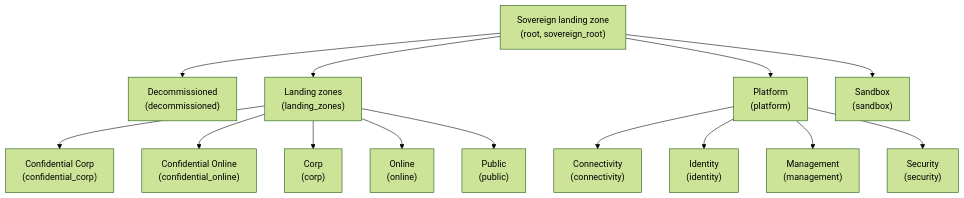
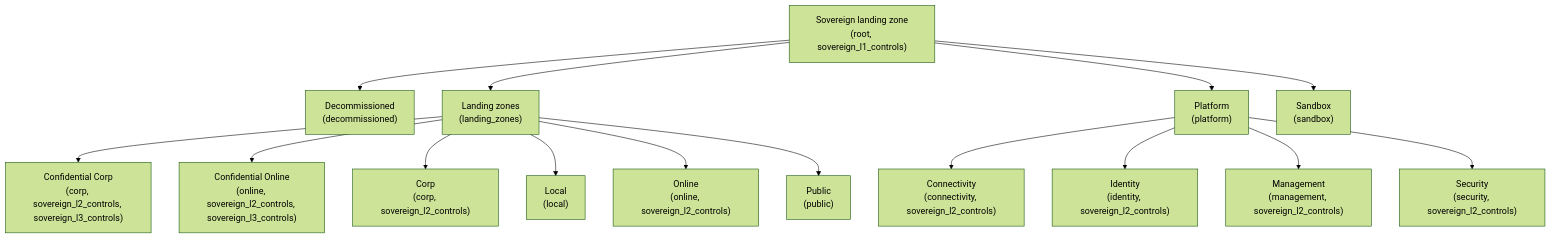
One commit to azurecitadel/azurecitadel changed the diagram in content/slz/examples/core_slz.md. Above: the diagram before and after it, drawn with Mermaid (forest theme). The commit also changed other lines of this file and 10 other files, not shown here.

```diff
--- a/content/slz/examples/core_slz.md
+++ b/content/slz/examples/core_slz.md
@@ -25,44 +25,47 @@
 {{< mermaid >}}
 flowchart TD
   slz["Sovereign landing zone
-(root, sovereign_root)"]
+(root, sovereign_l1_controls)"]
   slz --> decommissioned
   decommissioned["Decommissioned
 (decommissioned)"]
   slz --> landingzones
   landingzones["Landing zones
 (landing_zones)"]
   landingzones --> confidential_corp
   confidential_corp["Confidential Corp
-(confidential_corp)"]
+(corp, sovereign_l2_controls, sovereign_l3_controls)"]
   landingzones --> confidential_online
   confidential_online["Confidential Online
-(confidential_online)"]
+(online, sovereign_l2_controls, sovereign_l3_controls)"]
   landingzones --> corp
   corp["Corp
-(corp)"]
+(corp, sovereign_l2_controls)"]
+  landingzones --> local
+  local["Local
+(local)"]
   landingzones --> online
   online["Online
-(online)"]
+(online, sovereign_l2_controls)"]
   landingzones --> public
   public["Public
 (public)"]
   slz --> platform
   platform["Platform
 (platform)"]
   platform --> connectivity
   connectivity["Connectivity
-(connectivity)"]
+(connectivity, sovereign_l2_controls)"]
   platform --> identity
   identity["Identity
-(identity)"]
+(identity, sovereign_l2_controls)"]
   platform --> management
   management["Management
-(management)"]
+(management, sovereign_l2_controls)"]
   platform --> security
   security["Security
-(security)"]
+(security, sovereign_l2_controls)"]
   slz --> sandbox
   sandbox["Sandbox
 (sandbox)"]
 {{< /mermaid >}}
```
